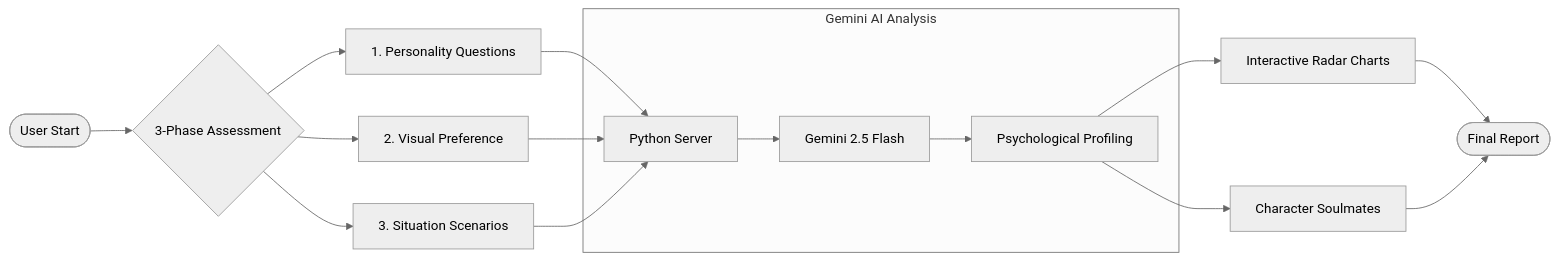
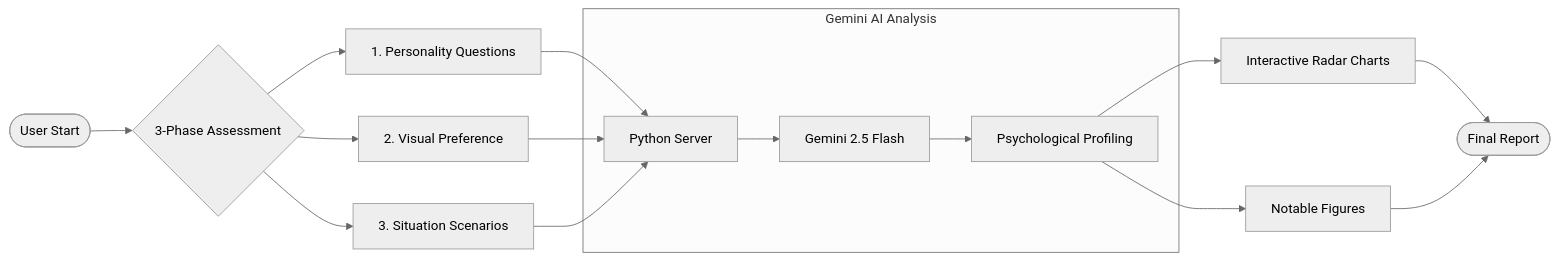
The first of 2 diagrams in Project_Report.md (nainika-2504/personality-analyzer), drawn with Mermaid (neutral theme) before and after one commit. The commit also changed other lines of this file and 5 other files, not shown here.

````diff
--- a/Project_Report.md
+++ b/Project_Report.md
@@ -74,23 +74,23 @@
 ```mermaid
 flowchart LR
     Start([User Start]) --> Methods{3-Phase Assessment}
     
     Methods --> Q[1. Personality Questions]
     Methods --> V[2. Visual Preference]
     Methods --> S[3. Situation Scenarios]
     
     Q --> Srv[Python Server]
     V --> Srv
     S --> Srv
     
     subgraph AI_Engine [Gemini AI Analysis]
         Srv --> AI[Gemini 2.5 Flash]
         AI --> Map[Psychological Profiling]
     end
     
     Map --> Viz[Interactive Radar Charts]
-    Map --> Soul[Character Soulmates]
+    Map --> Soul[Notable Figures]
     
     Viz --> End([Final Report])
     Soul --> End
 ```
````
